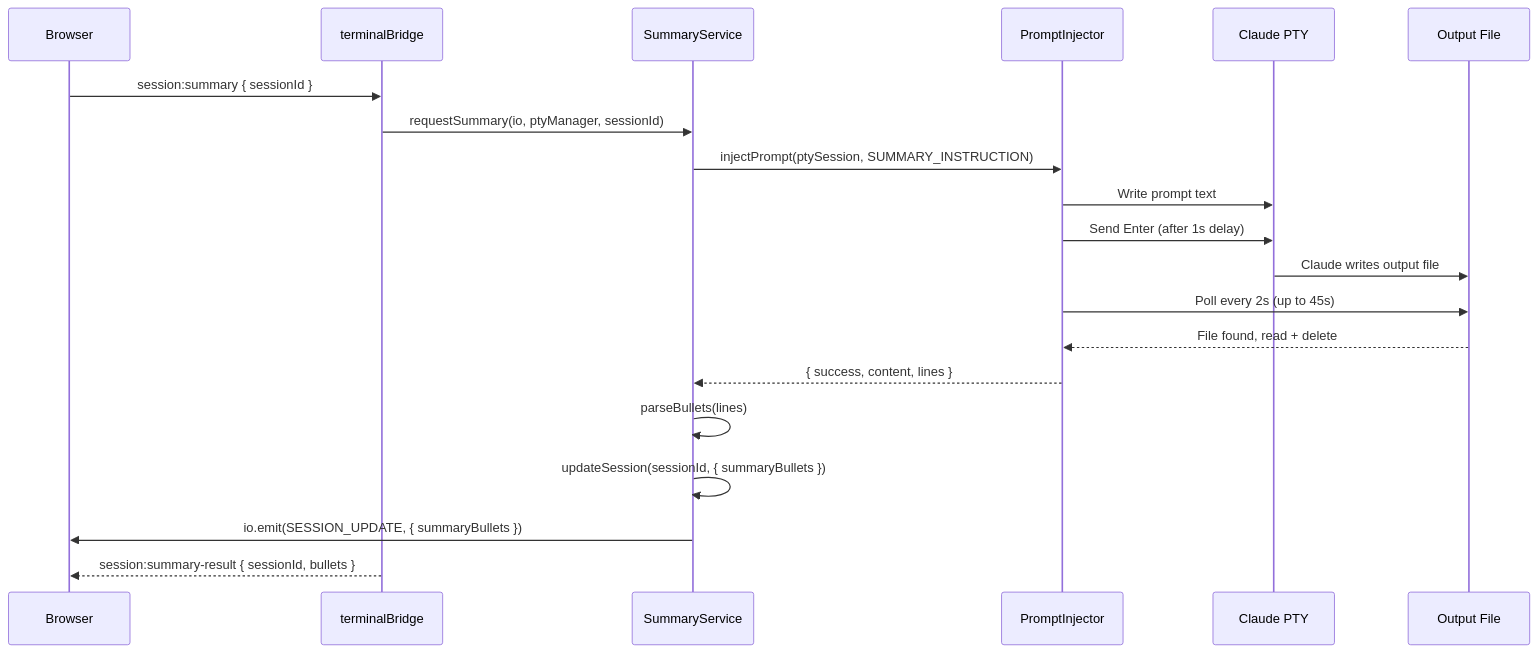
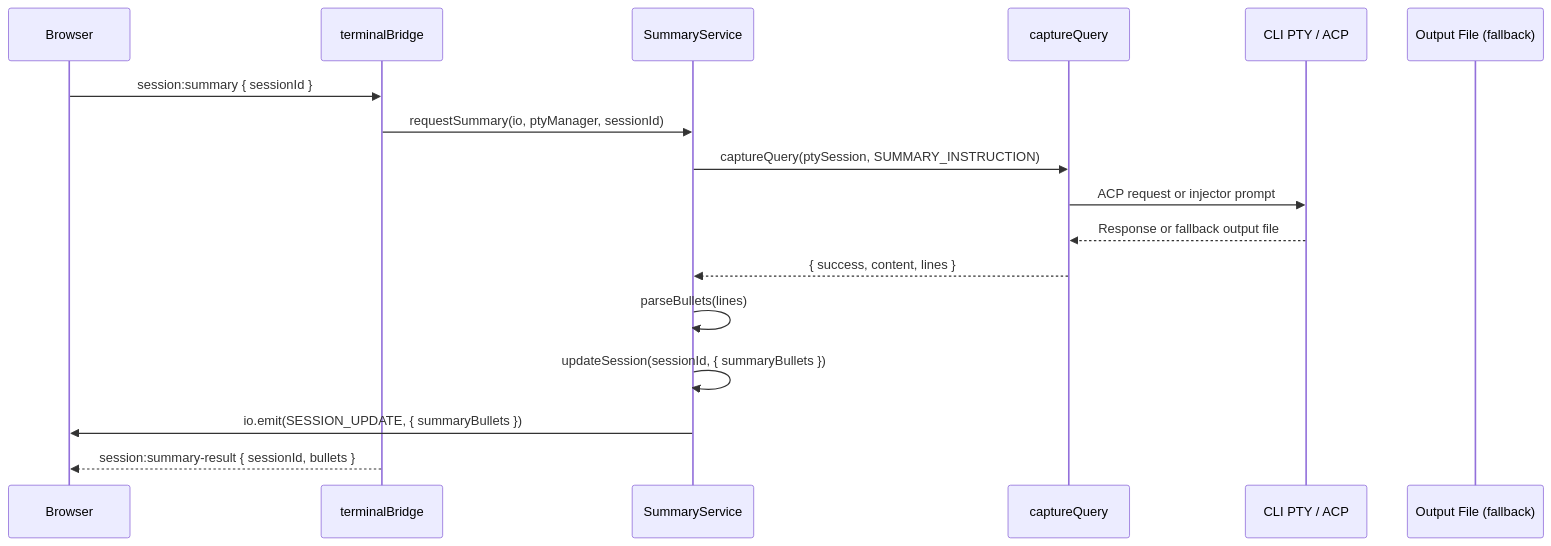
One commit to Nahom-Kefelegne/AgentMatrix changed the second of 8 diagrams in docs/design/services-state.md. Above: the diagram before and after it, drawn with Mermaid. The commit also changed other lines of this file and 14 other files, not shown here.

````diff
--- a/docs/design/services-state.md
+++ b/docs/design/services-state.md
@@ -96,23 +96,20 @@
 ```mermaid
 sequenceDiagram
     participant UI as Browser
     participant Bridge as terminalBridge
     participant Svc as SummaryService
-    participant PI as PromptInjector
-    participant PTY as Claude PTY
-    participant FS as Output File
+    participant CQ as captureQuery
+    participant PTY as CLI PTY / ACP
+    participant FS as Output File (fallback)
 
     UI->>Bridge: session:summary { sessionId }
     Bridge->>Svc: requestSummary(io, ptyManager, sessionId)
-    Svc->>PI: injectPrompt(ptySession, SUMMARY_INSTRUCTION)
-    PI->>PTY: Write prompt text
-    PI->>PTY: Send Enter (after 1s delay)
-    PTY->>FS: Claude writes output file
-    PI->>FS: Poll every 2s (up to 45s)
-    FS-->>PI: File found, read + delete
-    PI-->>Svc: { success, content, lines }
+    Svc->>CQ: captureQuery(ptySession, SUMMARY_INSTRUCTION)
+    CQ->>PTY: ACP request or injector prompt
+    PTY-->>CQ: Response or fallback output file
+    CQ-->>Svc: { success, content, lines }
     Svc->>Svc: parseBullets(lines)
     Svc->>Svc: updateSession(sessionId, { summaryBullets })
     Svc->>UI: io.emit(SESSION_UPDATE, { summaryBullets })
     Bridge-->>UI: session:summary-result { sessionId, bullets }
 ```
````
